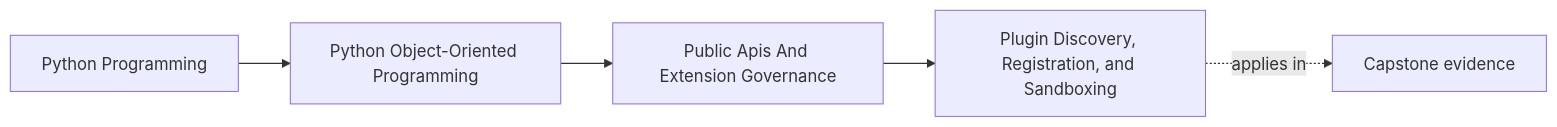
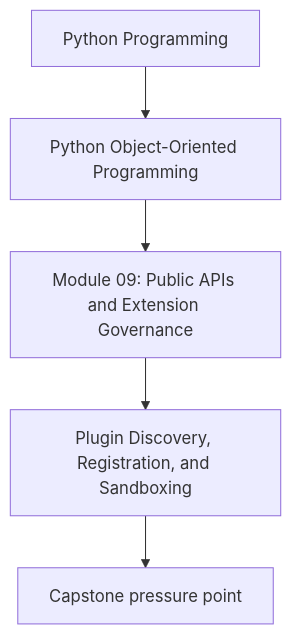
Before and after one commit to bijux/bijux-masterclass: the first of 2 diagrams in programs/python-programming/python-object-oriented-programming/course-book/module-09-public-apis-and-extension-governance/plugin-discovery-registration-and-sandboxing.md, drawn with Mermaid. The commit also changed other lines of this file and 107 other files, not shown here.

Commit message:
docs(python-object-oriented-programming): align concept page diagrams

````diff
--- a/programs/python-programming/python-object-oriented-programming/course-book/module-09-public-apis-and-extension-governance/plugin-discovery-registration-and-sandboxing.md
+++ b/programs/python-programming/python-object-oriented-programming/course-book/module-09-public-apis-and-extension-governance/plugin-discovery-registration-and-sandboxing.md
@@ -7,11 +7,7 @@
 ```mermaid
-graph LR
-  family["Python Programming"]
-  program["Python Object-Oriented Programming"]
-  section["Public Apis And Extension Governance"]
-  page["Plugin Discovery, Registration, and Sandboxing"]
-  capstone["Capstone evidence"]
-
-  family --> program --> section --> page
-  page -.applies in.-> capstone
+flowchart TD
+  family["Python Programming"] --> program["Python Object-Oriented Programming"]
+  program --> module["Module 09: Public APIs and Extension Governance"]
+  module --> concept["Plugin Discovery, Registration, and Sandboxing"]
+  concept --> capstone["Capstone pressure point"]
 ```
````
